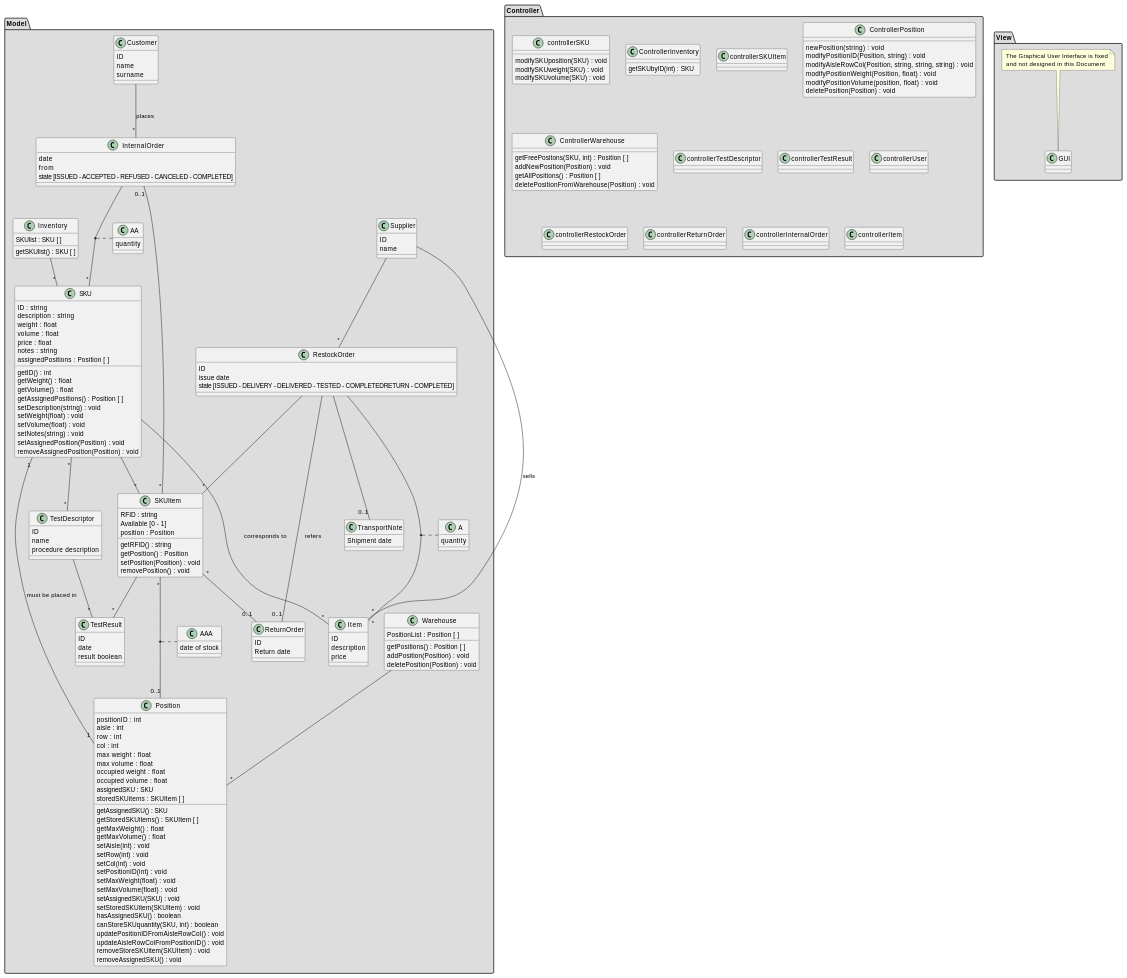
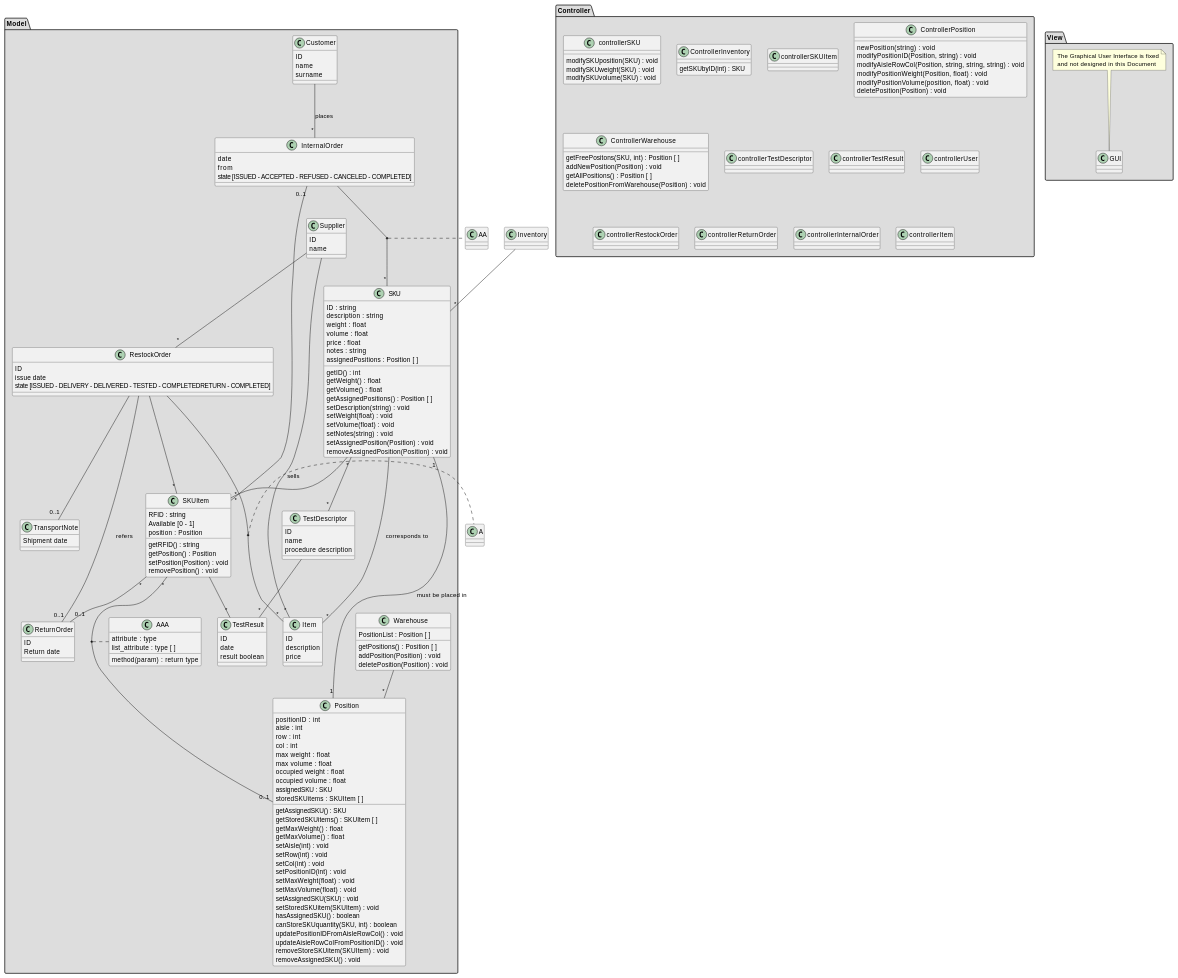
One commit to AlexZampa/EzWh changed the second of 30 diagrams in DesignDocument.md. Above: the diagram before and after it, drawn with PlantUML. The commit also changed other lines of this file, not shown here.

```diff
--- a/DesignDocument.md
+++ b/DesignDocument.md
@@ -299,6 +299,16 @@
 
 package "Model" #DDDDDD {
 
+  class AAA{
+
+    attribute : type
+    list_attribute : type [ ]
+
+
+    method(param) : return type
+
+  }
+
   class Warehouse{
       PositionList : Position [ ]
 
@@ -342,11 +352,6 @@
     price
   }
 
-  class A {
-    quantity
-  }
-
-
   class TransportNote {
     Shipment date
   }
@@ -372,11 +377,6 @@
     removeAssignedPosition(Position) : void
   }
 
-  class Inventory{
-      SKUlist : SKU [ ]
-
-      getSKUlist() : SKU [ ]
-  }
 
   class SKUItem {
     RFID : string
@@ -389,18 +389,10 @@
     removePosition() : void
   }
 
-  class AA {
-    quantity
-  }
-
   class TestDescriptor {
     ID
     name
     procedure description
-  }
-
-  class AAA {
-    date of stock 
   }
 
   class TestResult {
```
